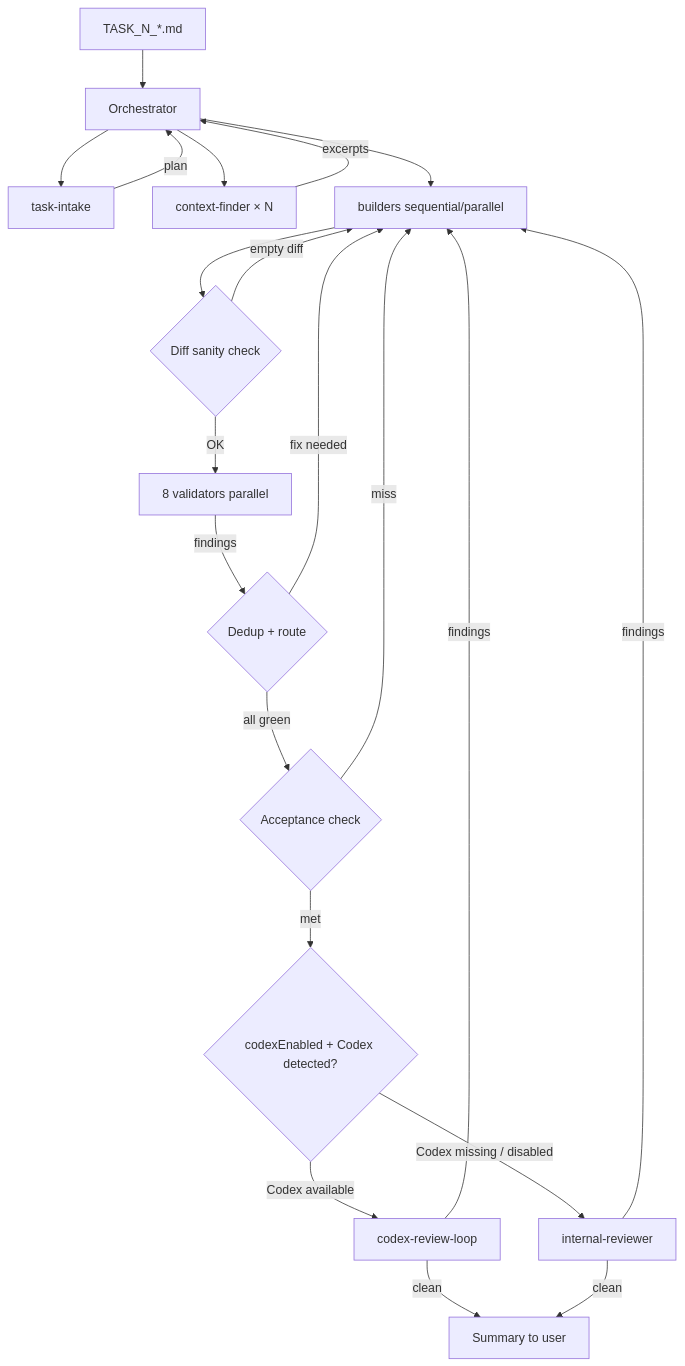
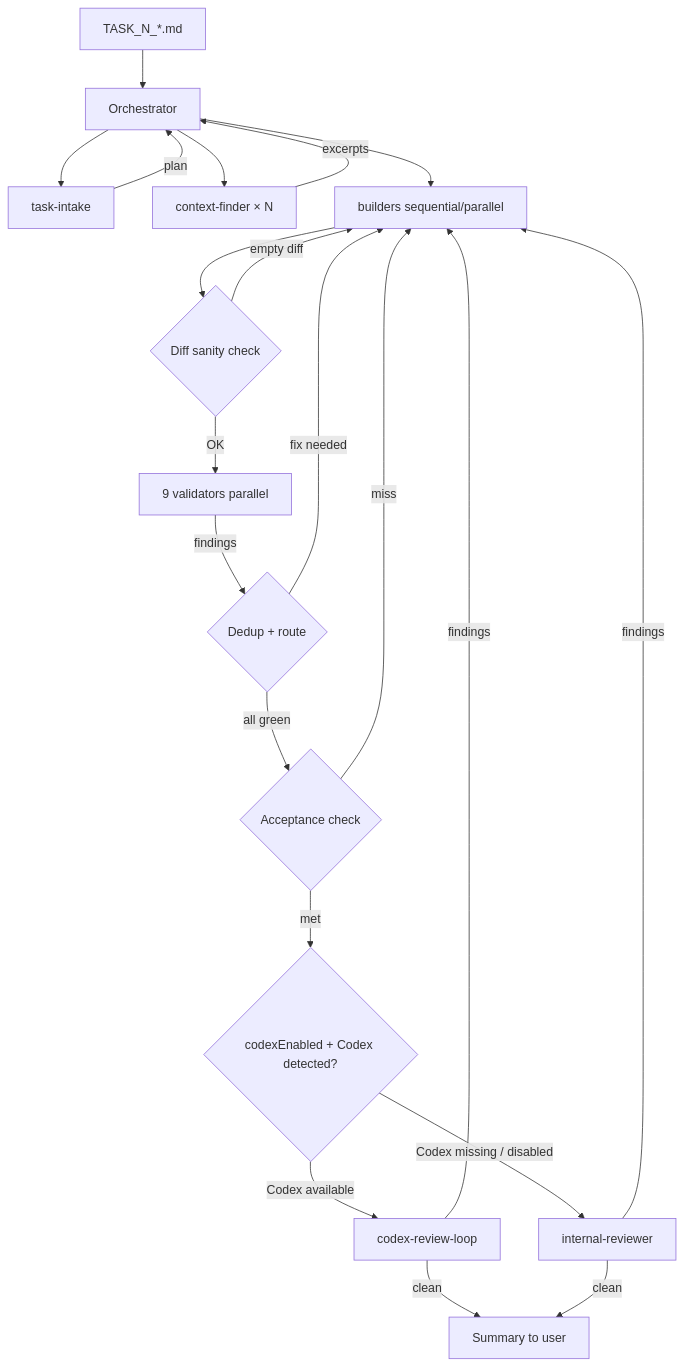
Before and after one commit to Grippo-app/grippo-mobile: the diagram in requirements/sub-agents/README.md, drawn with Mermaid. The commit also changed other lines of this file and 7 other files, not shown here.

````diff
--- a/requirements/sub-agents/README.md
+++ b/requirements/sub-agents/README.md
@@ -36,23 +36,23 @@
 ```mermaid
 flowchart TD
     Task[TASK_N_*.md] --> Orchestrator
     Orchestrator --> Intake[task-intake]
     Intake -->|plan| Orchestrator
     Orchestrator --> Context[context-finder × N]
     Context -->|excerpts| Orchestrator
     Orchestrator --> Builders[builders sequential/parallel]
     Builders --> Diff{Diff sanity check}
     Diff -->|empty diff| Builders
-    Diff -->|OK| Validators[8 validators parallel]
+    Diff -->|OK| Validators[9 validators parallel]
     Validators -->|findings| Dedup{Dedup + route}
     Dedup -->|fix needed| Builders
     Dedup -->|all green| Acceptance{Acceptance check}
     Acceptance -->|miss| Builders
     Acceptance -->|met| Route{codexEnabled + Codex detected?}
     Route -->|Codex available| Codex[codex-review-loop]
     Route -->|Codex missing / disabled| Internal[internal-reviewer]
     Codex -->|findings| Builders
     Internal -->|findings| Builders
     Codex -->|clean| Done[Summary to user]
     Internal -->|clean| Done
 ```
````
